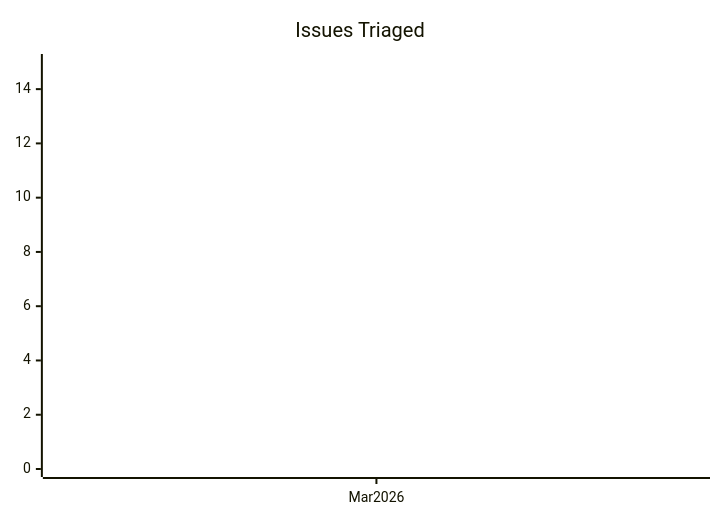
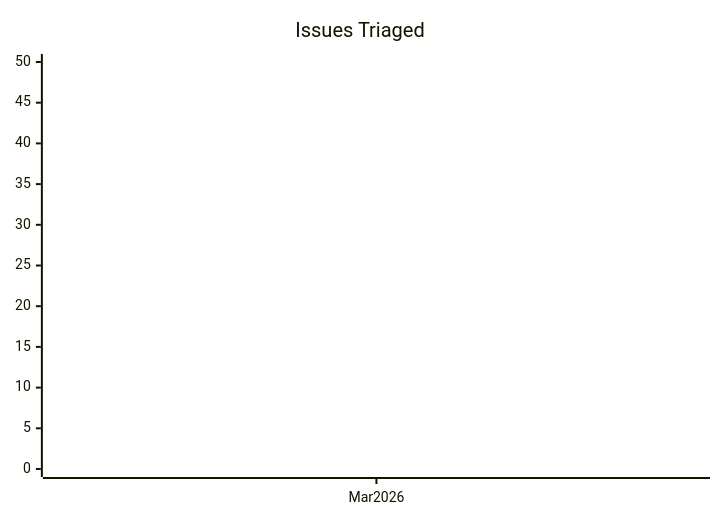
One commit to surenpoghosian/open-source-triage-initiative changed the first of 2 diagrams in README.md. Above: the diagram before and after it, drawn with Mermaid. The commit also changed other lines of this file, not shown here.

````diff
--- a/README.md
+++ b/README.md
@@ -11,7 +11,7 @@
 ```mermaid
 xychart-beta
     title "Issues Triaged"
     x-axis [Mar 2026]
-    y-axis 0 --> 15
+    y-axis 0 --> 50
     line [0]
 ```
````
